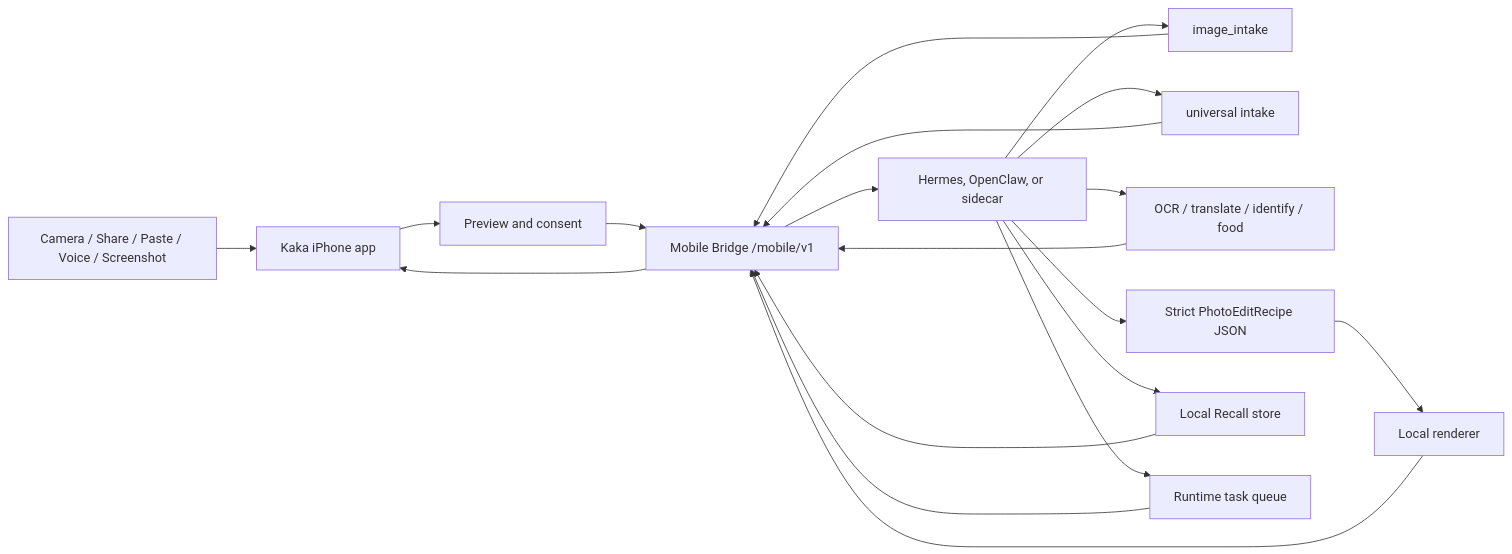
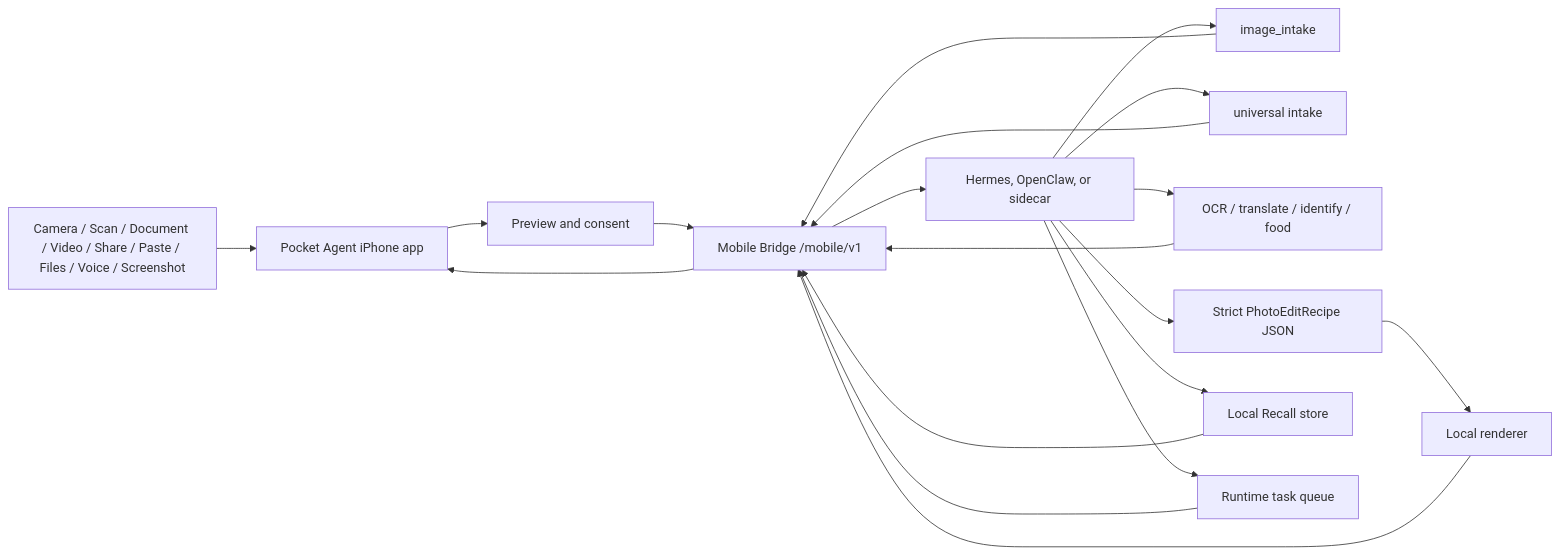
The diagram in README.md (MightyKartz/kaka), drawn with Mermaid before and after one commit. The commit also changed other lines of this file and 193 other files, not shown here.

Commit message:
Refine local agent lens UI and bridge flows

````diff
--- a/README.md
+++ b/README.md
@@ -35,21 +40,21 @@
 ```mermaid
 flowchart LR
-  Inputs["Camera / Share / Paste / Voice / Screenshot"] --> Phone["Kaka iPhone app"]
+  Inputs["Camera / Scan / Document / Video / Share / Paste / Files / Voice / Screenshot"] --> Phone["Pocket Agent iPhone app"]
   Phone --> Consent["Preview and consent"]
   Consent --> Bridge["Mobile Bridge /mobile/v1"]
   Bridge --> Runtime["Hermes, OpenClaw, or sidecar"]
   Runtime --> ImageIntake["image_intake"]
   Runtime --> Universal["universal intake"]
   Runtime --> Vision["OCR / translate / identify / food"]
   Runtime --> Recipe["Strict PhotoEditRecipe JSON"]
   Runtime --> Recall["Local Recall store"]
   Runtime --> Tasks["Runtime task queue"]
   Recipe --> Renderer["Local renderer"]
   ImageIntake --> Bridge
   Universal --> Bridge
   Vision --> Bridge
   Renderer --> Bridge
   Recall --> Bridge
   Tasks --> Bridge
   Bridge --> Phone
 ```
````
